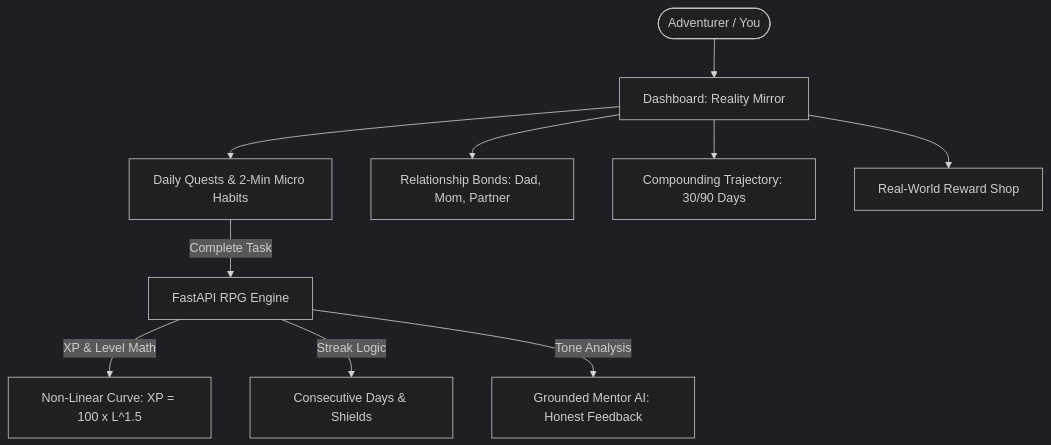
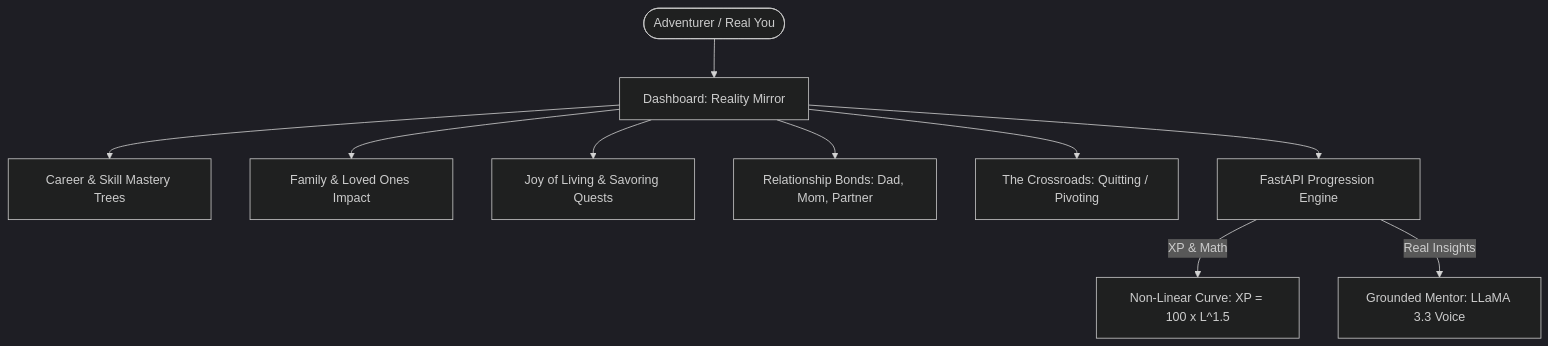
Before and after one commit to anubhavpaul753-spec/zephyr-life-rpg: the diagram in docs/TEAM_BLUEPRINT.md, drawn with Mermaid (dark theme). The commit also changed other lines of this file, not shown here.

Commit message:
docs: update blueprint with Career Mastery Trees, Family Harmony, and Joy of Living

````diff
--- a/docs/TEAM_BLUEPRINT.md
+++ b/docs/TEAM_BLUEPRINT.md
@@ -52,13 +56,13 @@
 ```mermaid
 graph TD
-    User([Adventurer / You]) --> Dashboard[Dashboard: Reality Mirror]
-    Dashboard --> Quests[Daily Quests & 2-Min Micro Habits]
+    User([Adventurer / Real You]) --> Dashboard[Dashboard: Reality Mirror]
+    Dashboard --> Career[Career & Skill Mastery Trees]
+    Dashboard --> LovedOnes[Family & Loved Ones Impact]
+    Dashboard --> Joy[Joy of Living & Savoring Quests]
     Dashboard --> Bonds[Relationship Bonds: Dad, Mom, Partner]
-    Dashboard --> Trajectory[Compounding Trajectory: 30/90 Days]
-    Dashboard --> Shop[Real-World Reward Shop]
+    Dashboard --> Crossroads[The Crossroads: Quitting / Pivoting]
     
-    Quests -- Complete Task --> RPGEngine[FastAPI RPG Engine]
-    RPGEngine -- XP & Level Math --> NonLinear[Non-Linear Curve: XP = 100 x L^1.5]
-    RPGEngine -- Streak Logic --> Streaks[Consecutive Days & Shields]
-    RPGEngine -- Tone Analysis --> Mentor[Grounded Mentor AI: Honest Feedback]
+    Dashboard --> RPGEngine[FastAPI Progression Engine]
+    RPGEngine -- XP & Math --> NonLinear[Non-Linear Curve: XP = 100 x L^1.5]
+    RPGEngine -- Real Insights --> Mentor[Grounded Mentor: LLaMA 3.3 Voice]
 ```
````
